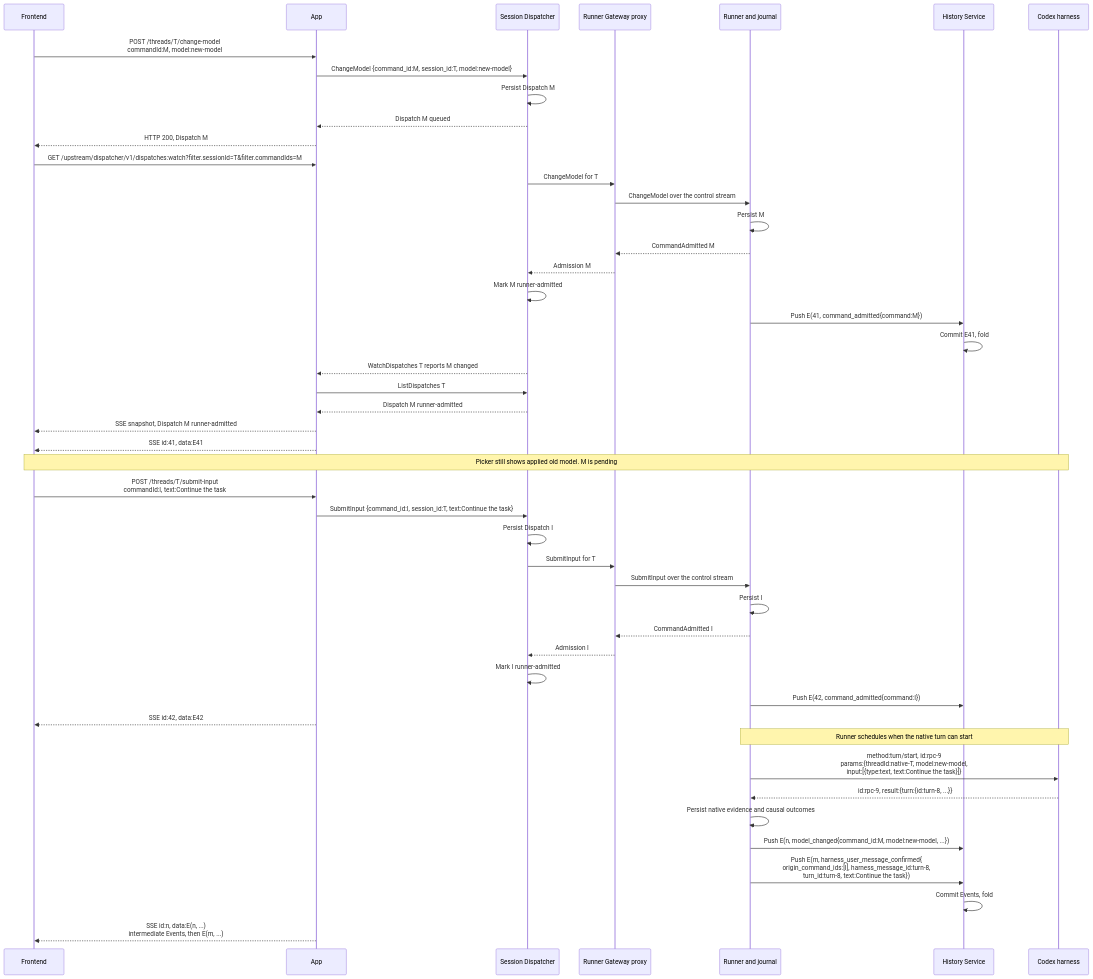
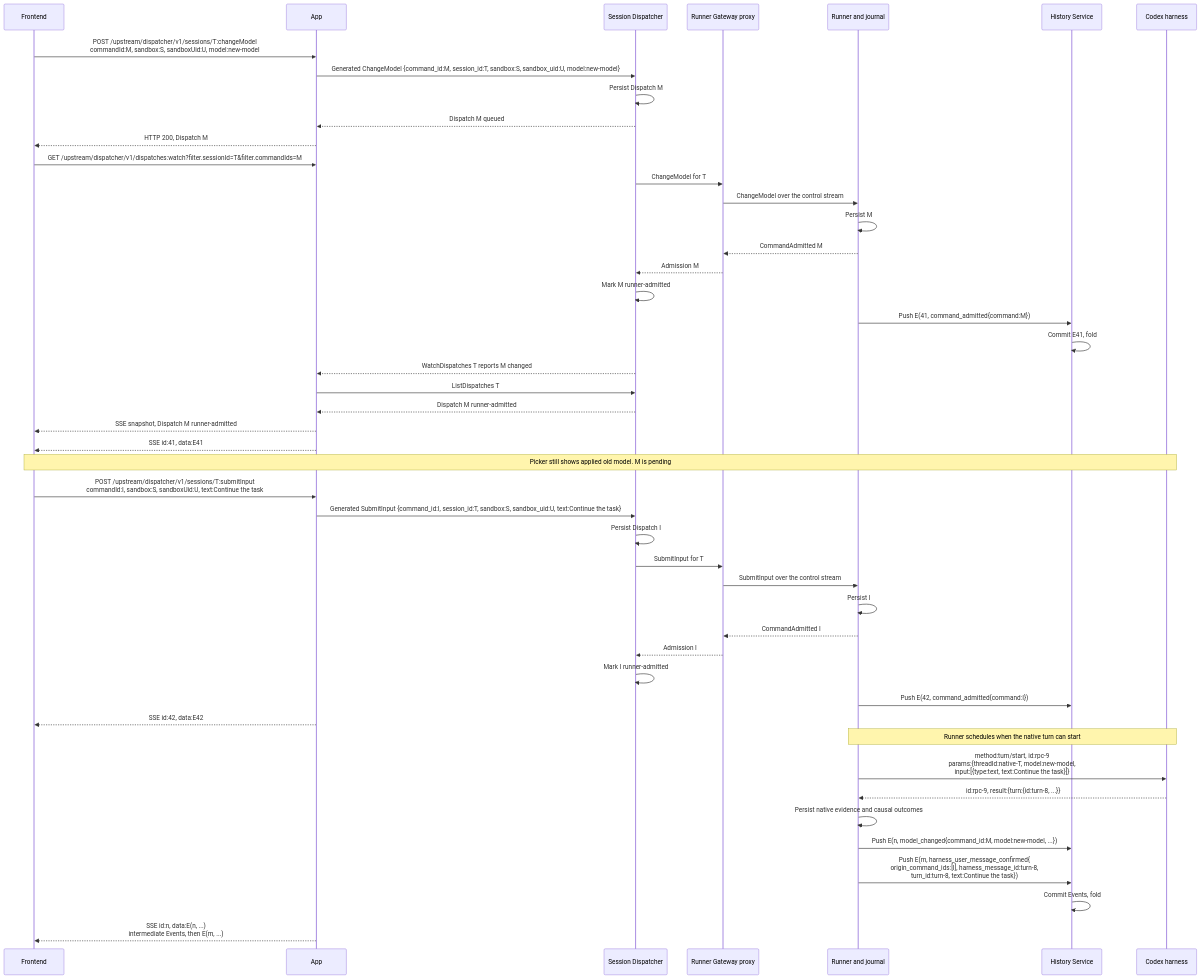
One commit to agentydragon/ducktape changed the second of 5 diagrams in agentplane/docs/thread_layering.md. Above: the diagram before and after it, drawn with Mermaid. The commit also changed other lines of this file and 34 other files, not shown here.

Commit message:
Use generated Dispatcher command facades for Thread writes

````diff
--- a/agentplane/docs/thread_layering.md
+++ b/agentplane/docs/thread_layering.md
@@ -302,49 +303,49 @@
 ```mermaid
 sequenceDiagram
     participant F as Frontend
     participant A as App
     participant SD as Session Dispatcher
     participant G as Runner Gateway proxy
     participant R as Runner and journal
     participant HS as History Service
     participant H as Codex harness
-    F->>A: POST /threads/T/change-model<br/>commandId:M, model:new-model
-    A->>SD: ChangeModel {command_id:M, session_id:T, model:new-model}
+    F->>A: POST /upstream/dispatcher/v1/sessions/T:changeModel<br/>commandId:M, sandbox:S, sandboxUid:U, model:new-model
+    A->>SD: Generated ChangeModel {command_id:M, session_id:T, sandbox:S, sandbox_uid:U, model:new-model}
     SD->>SD: Persist Dispatch M
     SD-->>A: Dispatch M queued
     A-->>F: HTTP 200, Dispatch M
     F->>A: GET /upstream/dispatcher/v1/dispatches:watch?filter.sessionId=T&filter.commandIds=M
     SD->>G: ChangeModel for T
     G->>R: ChangeModel over the control stream
     R->>R: Persist M
     R-->>G: CommandAdmitted M
     G-->>SD: Admission M
     SD->>SD: Mark M runner-admitted
     R->>HS: Push E(41, command_admitted{command:M})
     HS->>HS: Commit E41, fold
     SD-->>A: WatchDispatches T reports M changed
     A->>SD: ListDispatches T
     SD-->>A: Dispatch M runner-admitted
     A-->>F: SSE snapshot, Dispatch M runner-admitted
     A-->>F: SSE id:41, data:E41
     Note over F,H: Picker still shows applied old model. M is pending
-    F->>A: POST /threads/T/submit-input<br/>commandId:I, text:Continue the task
-    A->>SD: SubmitInput {command_id:I, session_id:T, text:Continue the task}
+    F->>A: POST /upstream/dispatcher/v1/sessions/T:submitInput<br/>commandId:I, sandbox:S, sandboxUid:U, text:Continue the task
+    A->>SD: Generated SubmitInput {command_id:I, session_id:T, sandbox:S, sandbox_uid:U, text:Continue the task}
     SD->>SD: Persist Dispatch I
     SD->>G: SubmitInput for T
     G->>R: SubmitInput over the control stream
     R->>R: Persist I
     R-->>G: CommandAdmitted I
     G-->>SD: Admission I
     SD->>SD: Mark I runner-admitted
     R->>HS: Push E(42, command_admitted{command:I})
     A-->>F: SSE id:42, data:E42
     Note over R,H: Runner schedules when the native turn can start
     R->>H: method:turn/start, id:rpc-9<br/>params:{threadId:native-T, model:new-model,<br/>input:[{type:text, text:Continue the task}]}
     H-->>R: id:rpc-9, result:{turn:{id:turn-8, ...}}
     R->>R: Persist native evidence and causal outcomes
     R->>HS: Push E(n, model_changed{command_id:M, model:new-model, ...})
     R->>HS: Push E(m, harness_user_message_confirmed{<br/>origin_command_ids:[I], harness_message_id:turn-8,<br/>turn_id:turn-8, text:Continue the task})
     HS->>HS: Commit Events, fold
     A-->>F: SSE id:n, data:E(n, ...)<br/>intermediate Events, then E(m, ...)
 ```
````
